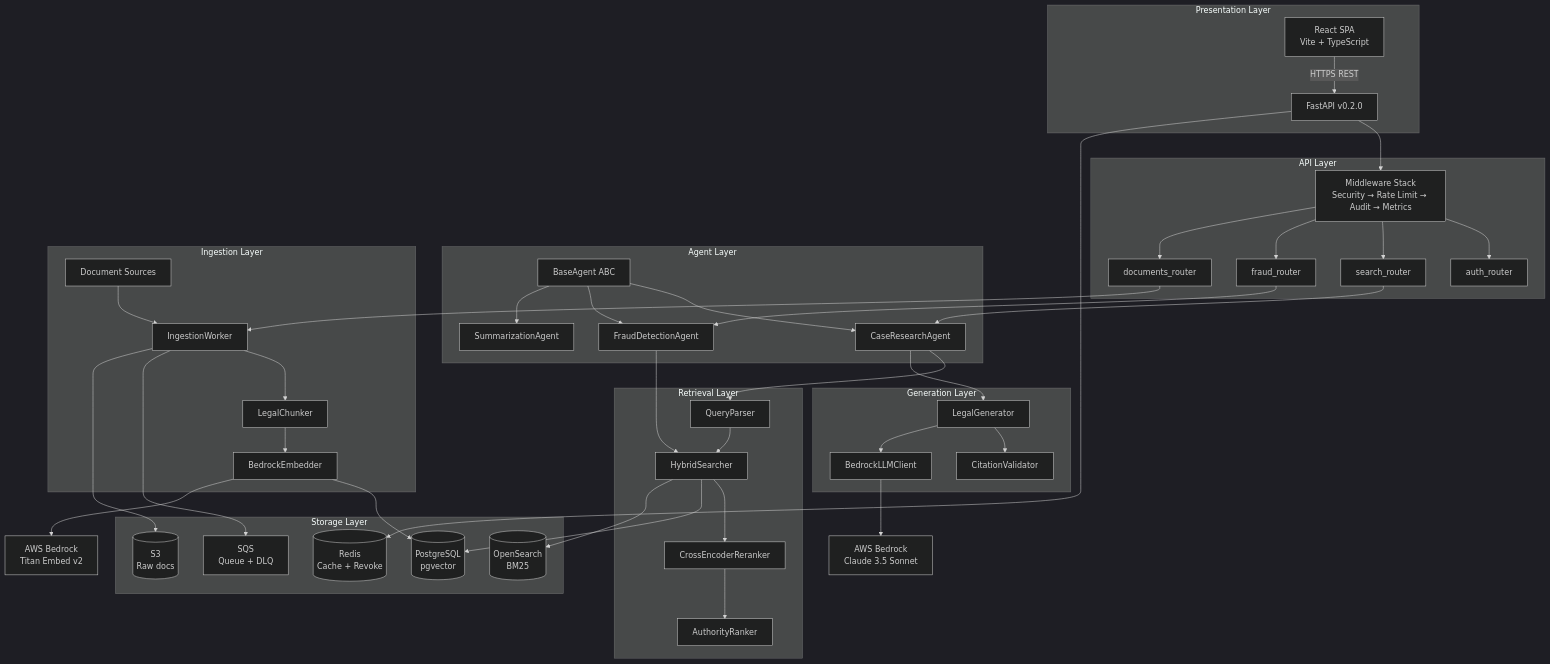
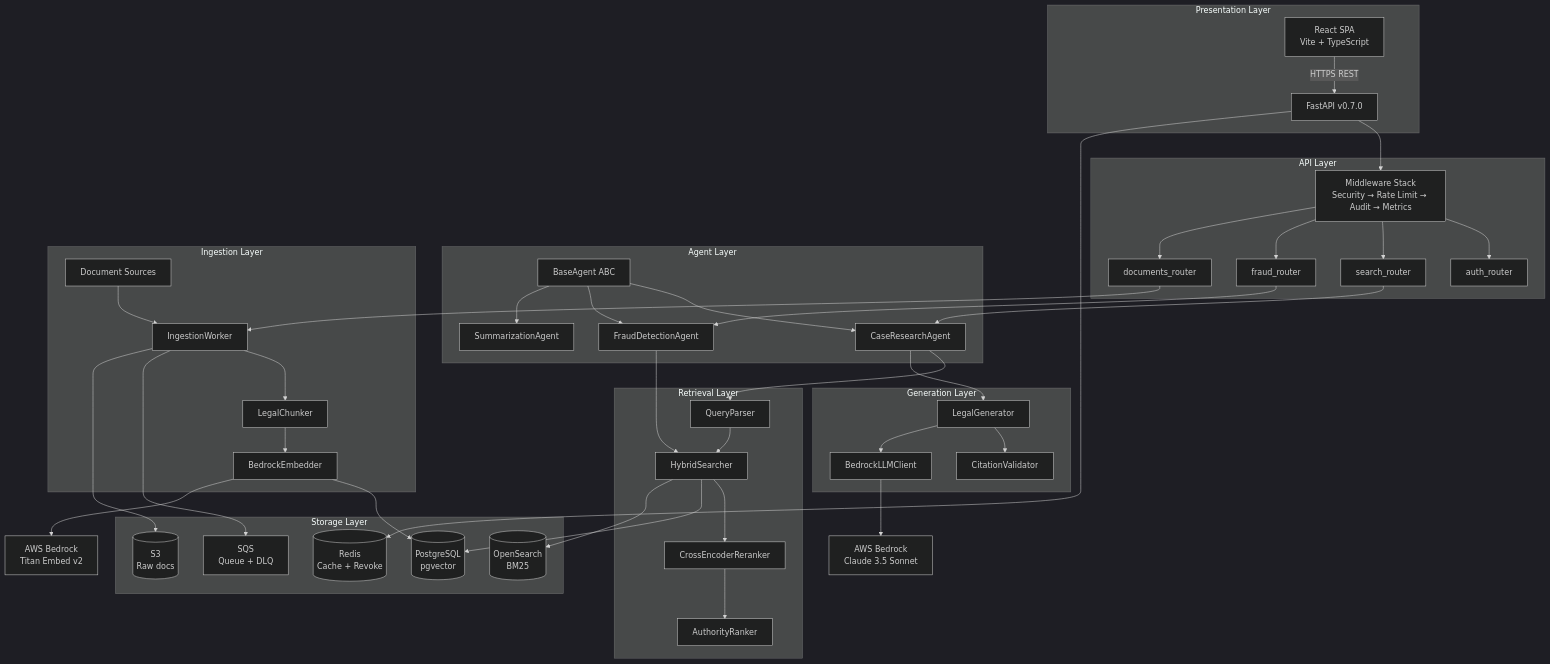
The first of 7 diagrams in docs/SYSTEM_DESIGN.md (Anteneh-T-Tessema/legalairag), drawn with Mermaid (dark theme) before and after one commit. The commit also changed other lines of this file and 16 other files, not shown here.

````diff
--- a/docs/SYSTEM_DESIGN.md
+++ b/docs/SYSTEM_DESIGN.md
@@ -37,74 +37,74 @@
 ```mermaid
 graph TB
     subgraph "Presentation Layer"
         UI[React SPA<br/>Vite + TypeScript]
         UI --> |HTTPS REST| API
     end
 
     subgraph "API Layer"
-        API[FastAPI v0.2.0]
+        API[FastAPI v0.7.0]
         MW[Middleware Stack<br/>Security → Rate Limit → Audit → Metrics]
         API --> MW
         MW --> R1[auth_router]
         MW --> R2[search_router]
         MW --> R3[fraud_router]
         MW --> R4[documents_router]
     end
 
     subgraph "Agent Layer"
         BA[BaseAgent ABC]
         RA[CaseResearchAgent]
         FA[FraudDetectionAgent]
         SA[SummarizationAgent]
         BA --> RA
         BA --> FA
         BA --> SA
     end
 
     subgraph "Retrieval Layer"
         QP[QueryParser]
         HS[HybridSearcher]
         CR[CrossEncoderReranker]
         AR[AuthorityRanker]
         QP --> HS --> CR --> AR
     end
 
     subgraph "Generation Layer"
         LG[LegalGenerator]
         CV[CitationValidator]
         BC[BedrockLLMClient]
         LG --> CV
         LG --> BC
     end
 
     subgraph "Ingestion Layer"
         SRC[Document Sources]
         WK[IngestionWorker]
         CH[LegalChunker]
         EM[BedrockEmbedder]
         SRC --> WK --> CH --> EM
     end
 
     subgraph "Storage Layer"
         PG[(PostgreSQL<br/>pgvector)]
         OS[(OpenSearch<br/>BM25)]
         S3[(S3<br/>Raw docs)]
         RD[(Redis<br/>Cache + Revoke)]
         SQS[SQS<br/>Queue + DLQ]
     end
 
     R2 --> RA
     R3 --> FA
     R4 --> WK
     RA --> QP
     RA --> LG
     FA --> HS
     HS --> PG
     HS --> OS
     EM --> PG
     WK --> SQS
     WK --> S3
     BC --> BED[AWS Bedrock<br/>Claude 3.5 Sonnet]
     EM --> BED2[AWS Bedrock<br/>Titan Embed v2]
     API --> RD
 ```
````
